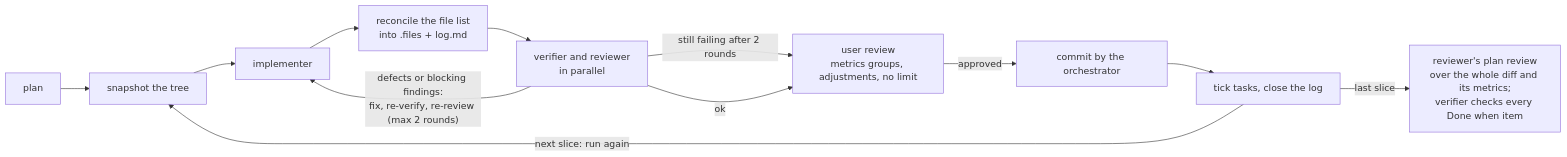
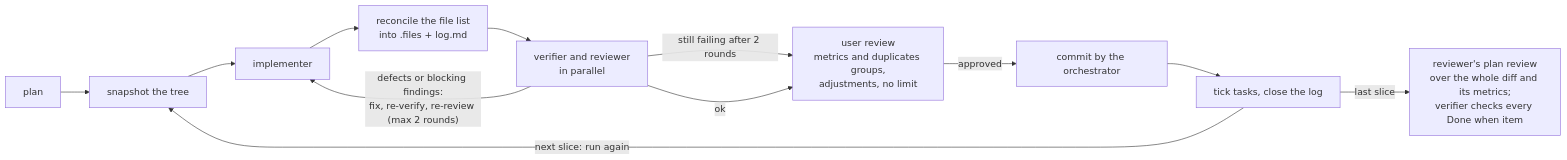
Before and after one commit to felipearpa/belay: the second of 2 diagrams in docs/structure.md, drawn with Mermaid. The commit also changed other lines of this file and 5 other files, not shown here.

````diff
--- a/docs/structure.md
+++ b/docs/structure.md
@@ -128,14 +128,14 @@
 ```mermaid
 flowchart LR
   P["plan"] --> S["snapshot the tree"]
   S --> I["implementer"]
   I --> R["reconcile the file list<br/>into .files + log.md"]
   R --> V["verifier and reviewer<br/>in parallel"]
   V -- "defects or blocking findings:<br/>fix, re-verify, re-review (max 2 rounds)" --> I
   V -- "still failing after 2 rounds" --> UR
-  V -- "ok" --> UR["user review<br/>metrics groups, adjustments, no limit"]
+  V -- "ok" --> UR["user review<br/>metrics and duplicates groups,<br/>adjustments, no limit"]
   UR -- "approved" --> C["commit by the orchestrator"]
   C --> T["tick tasks, close the log"]
   T -- "next slice: run again" --> S
   T -- "last slice" --> PR["reviewer's plan review<br/>over the whole diff and its metrics;<br/>verifier checks every Done when item"]
 ```
````
